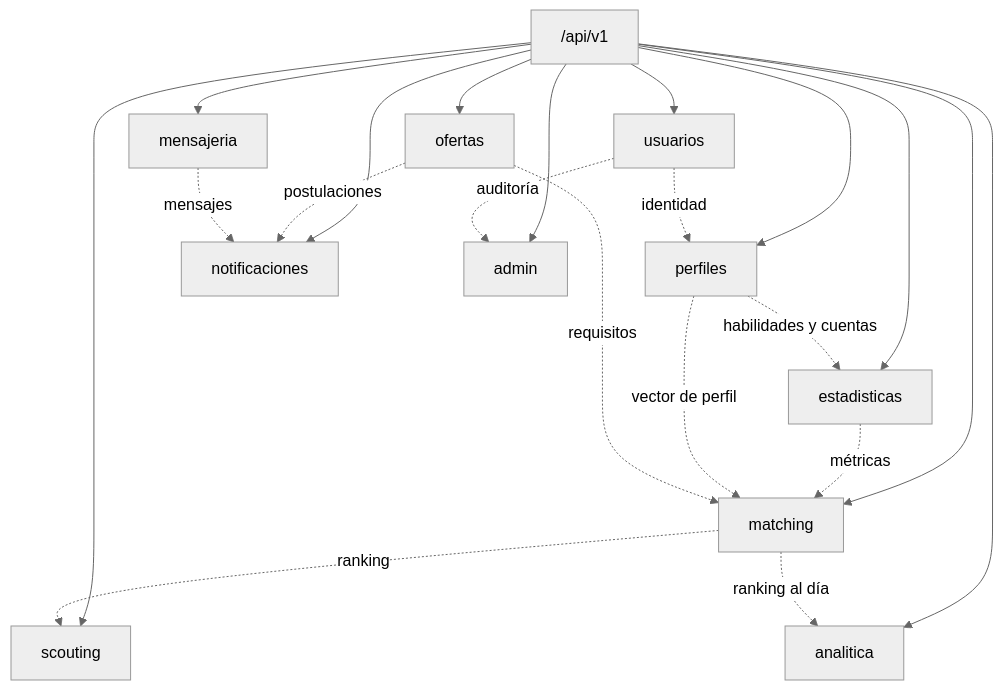
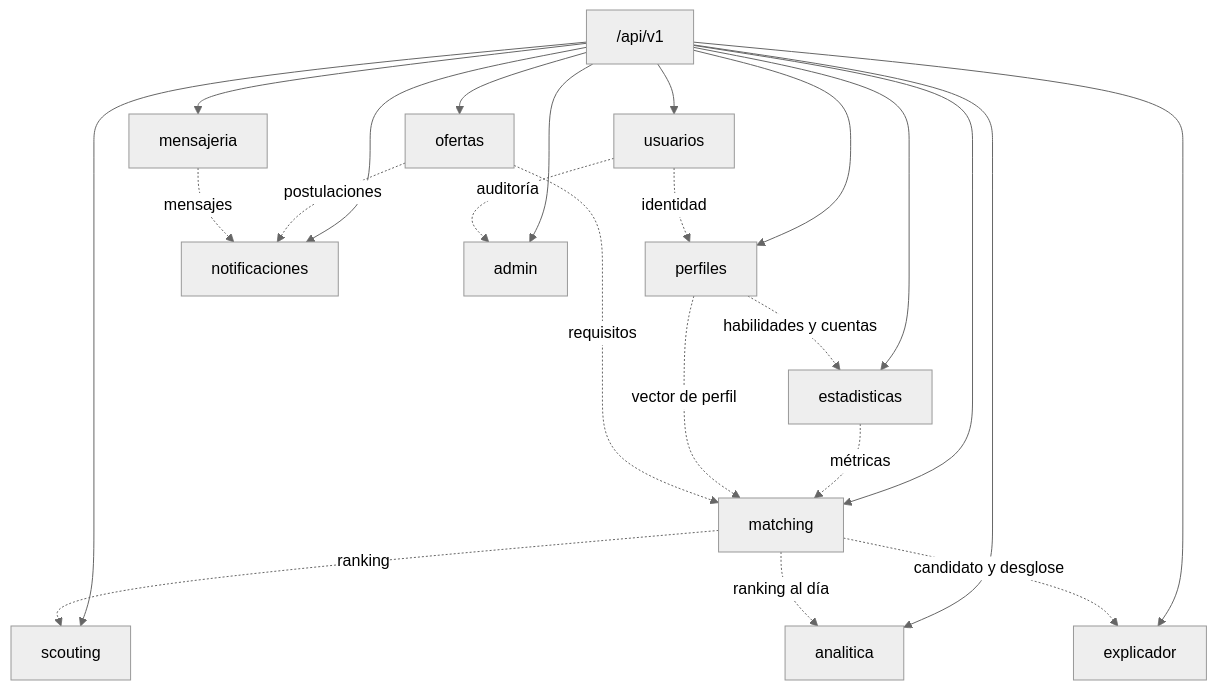
Before and after one commit to DavidFGP07/ProPlay: the third of 7 diagrams in docs/arquitectura.md, drawn with Mermaid (neutral theme). The commit also changed other lines of this file and 6 other files, not shown here.

````diff
--- a/docs/arquitectura.md
+++ b/docs/arquitectura.md
@@ -70,25 +71,27 @@
 ```mermaid
 flowchart TB
     API["/api/v1"]
     API --> U["usuarios"]
     API --> P["perfiles"]
     API --> E["estadisticas"]
     API --> SC["scouting"]
     API --> M["matching"]
     API --> O["ofertas"]
     API --> MS["mensajeria"]
     API --> N["notificaciones"]
     API --> AD["admin"]
     API --> AN["analitica"]
+    API --> EX["explicador"]
 
     U -.->|identidad| P
     P -.->|habilidades y cuentas| E
     E -.->|métricas| M
     P -.->|vector de perfil| M
     O -.->|requisitos| M
     M -.->|ranking| SC
     O -.->|postulaciones| N
     MS -.->|mensajes| N
     U -.->|auditoría| AD
     M -.->|ranking al día| AN
+    M -.->|candidato y desglose| EX
 ```
````
